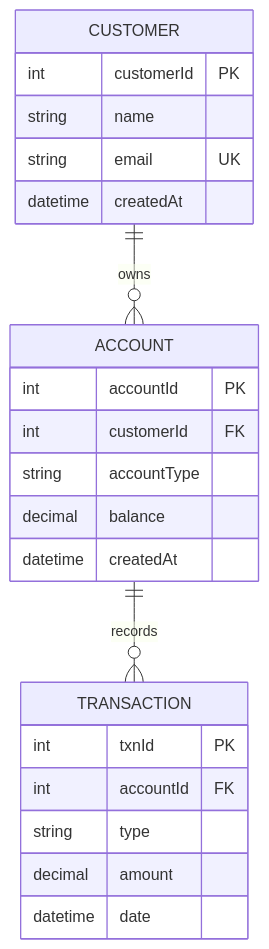
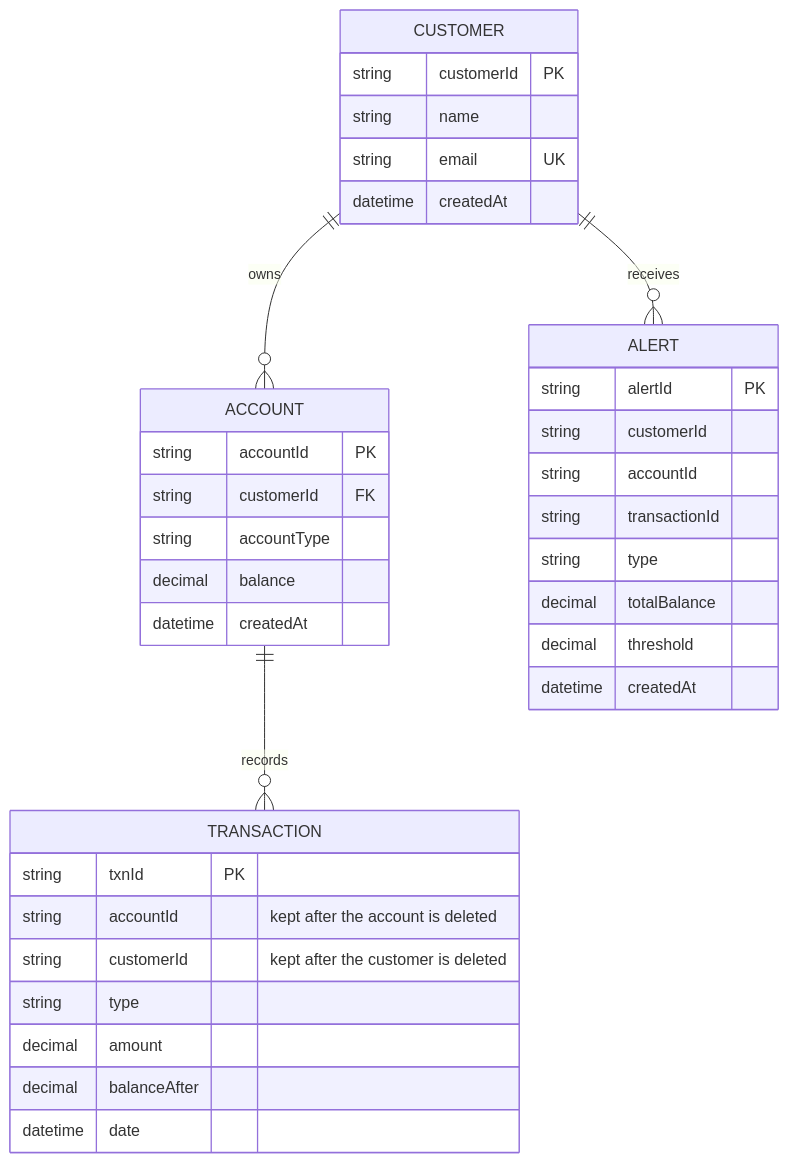
The first of 2 diagrams in docs/dependencies.md (RootMoataz/Banking-App), drawn with Mermaid before and after one commit. The commit also changed other lines of this file and 4 other files, not shown here.

````diff
--- a/docs/dependencies.md
+++ b/docs/dependencies.md
@@ -3,25 +3,38 @@
 ```mermaid
 erDiagram
     CUSTOMER ||--o{ ACCOUNT : owns
     ACCOUNT ||--o{ TRANSACTION : records
+    CUSTOMER ||--o{ ALERT : receives
     CUSTOMER {
-        int customerId PK
+        string customerId PK
         string name
         string email UK
         datetime createdAt
     }
     ACCOUNT {
-        int accountId PK
-        int customerId FK
+        string accountId PK
+        string customerId FK
         string accountType
         decimal balance
         datetime createdAt
     }
     TRANSACTION {
-        int txnId PK
-        int accountId FK
+        string txnId PK
+        string accountId "kept after the account is deleted"
+        string customerId "kept after the customer is deleted"
         string type
         decimal amount
+        decimal balanceAfter
         datetime date
     }
+    ALERT {
+        string alertId PK
+        string customerId
+        string accountId
+        string transactionId
+        string type
+        decimal totalBalance
+        decimal threshold
+        datetime createdAt
+    }
 ```
````
